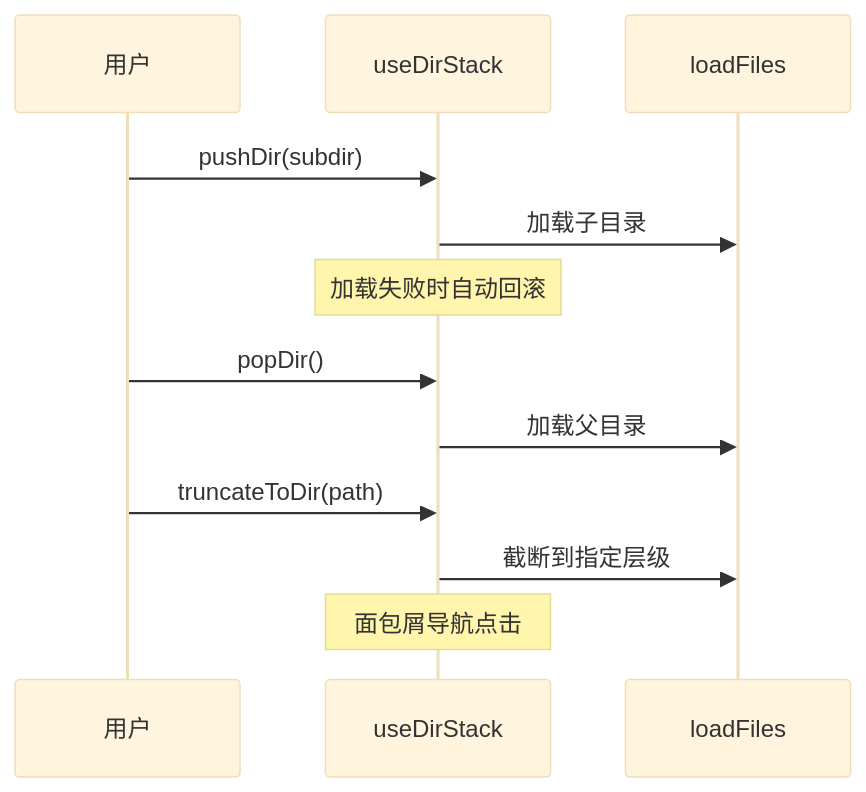
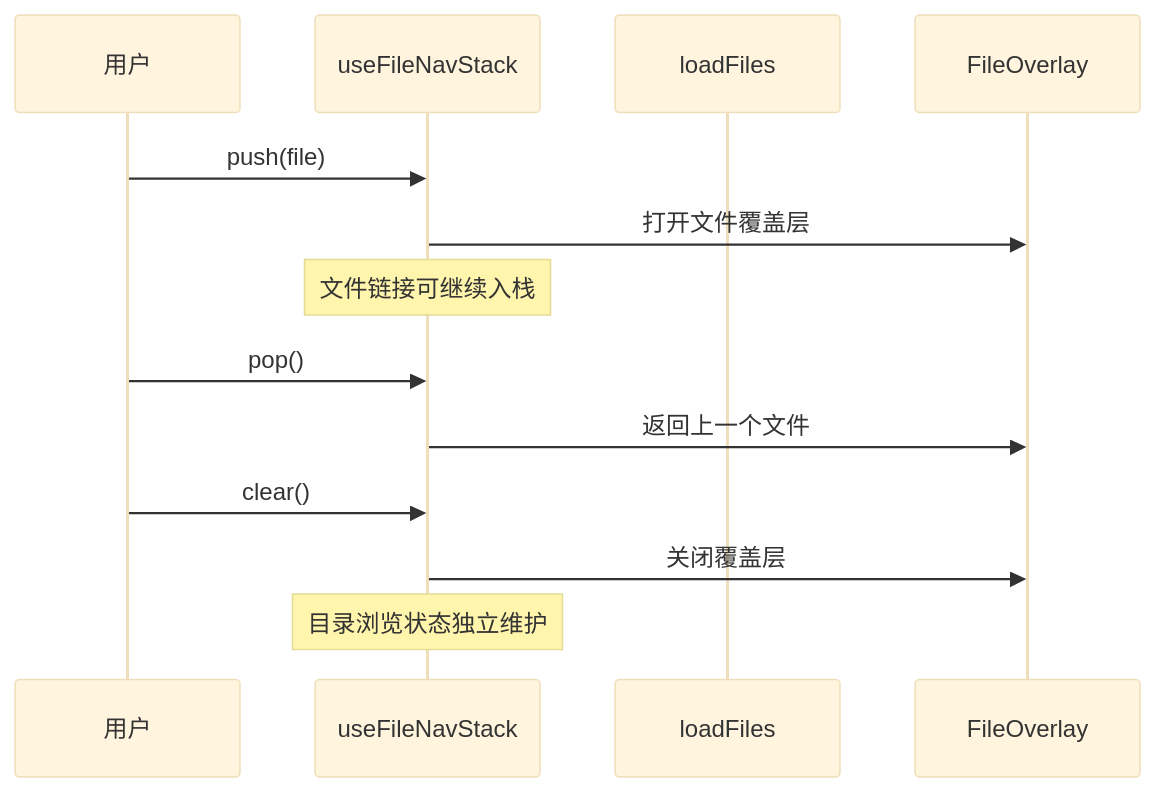
One commit to 0REZ/clawbench changed the third of 4 diagrams in docs/spec/features/file-management.md. Above: the diagram before and after it, drawn with Mermaid (base theme). The commit also changed other lines of this file and 16 other files, not shown here.

````diff
--- a/docs/spec/features/file-management.md
+++ b/docs/spec/features/file-management.md
@@ -55,17 +55,17 @@
 ```mermaid
 sequenceDiagram
     participant 用户
-    participant useDirStack
+    participant useFileNavStack
     participant loadFiles
 
-    用户->>useDirStack: pushDir(subdir)
-    useDirStack->>loadFiles: 加载子目录
-    Note over useDirStack: 加载失败时自动回滚
+    用户->>useFileNavStack: push(file)
+    useFileNavStack->>FileOverlay: 打开文件覆盖层
+    Note over useFileNavStack: 文件链接可继续入栈
 
-    用户->>useDirStack: popDir()
-    useDirStack->>loadFiles: 加载父目录
+    用户->>useFileNavStack: pop()
+    useFileNavStack->>FileOverlay: 返回上一个文件
 
-    用户->>useDirStack: truncateToDir(path)
-    useDirStack->>loadFiles: 截断到指定层级
-    Note over useDirStack: 面包屑导航点击
+    用户->>useFileNavStack: clear()
+    useFileNavStack->>FileOverlay: 关闭覆盖层
+    Note over useFileNavStack: 目录浏览状态独立维护
 ```
````
